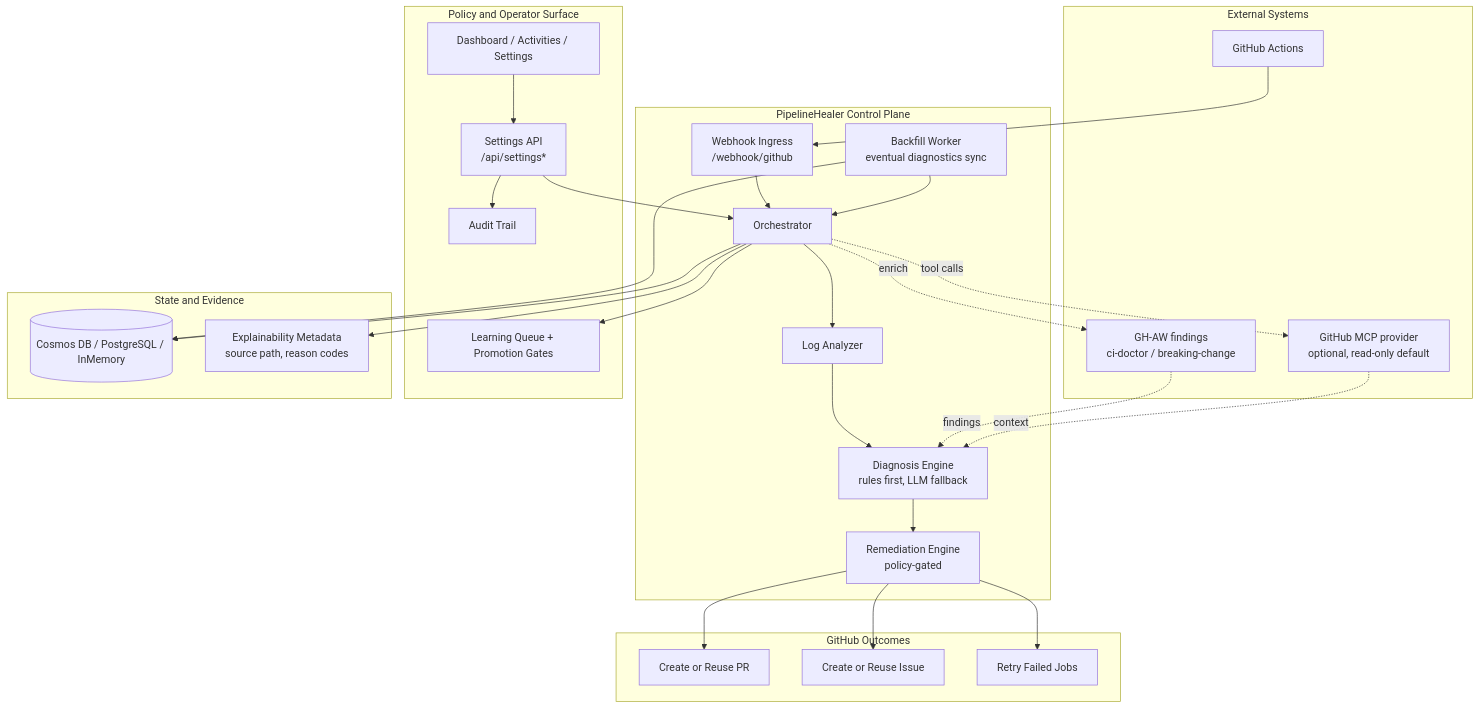
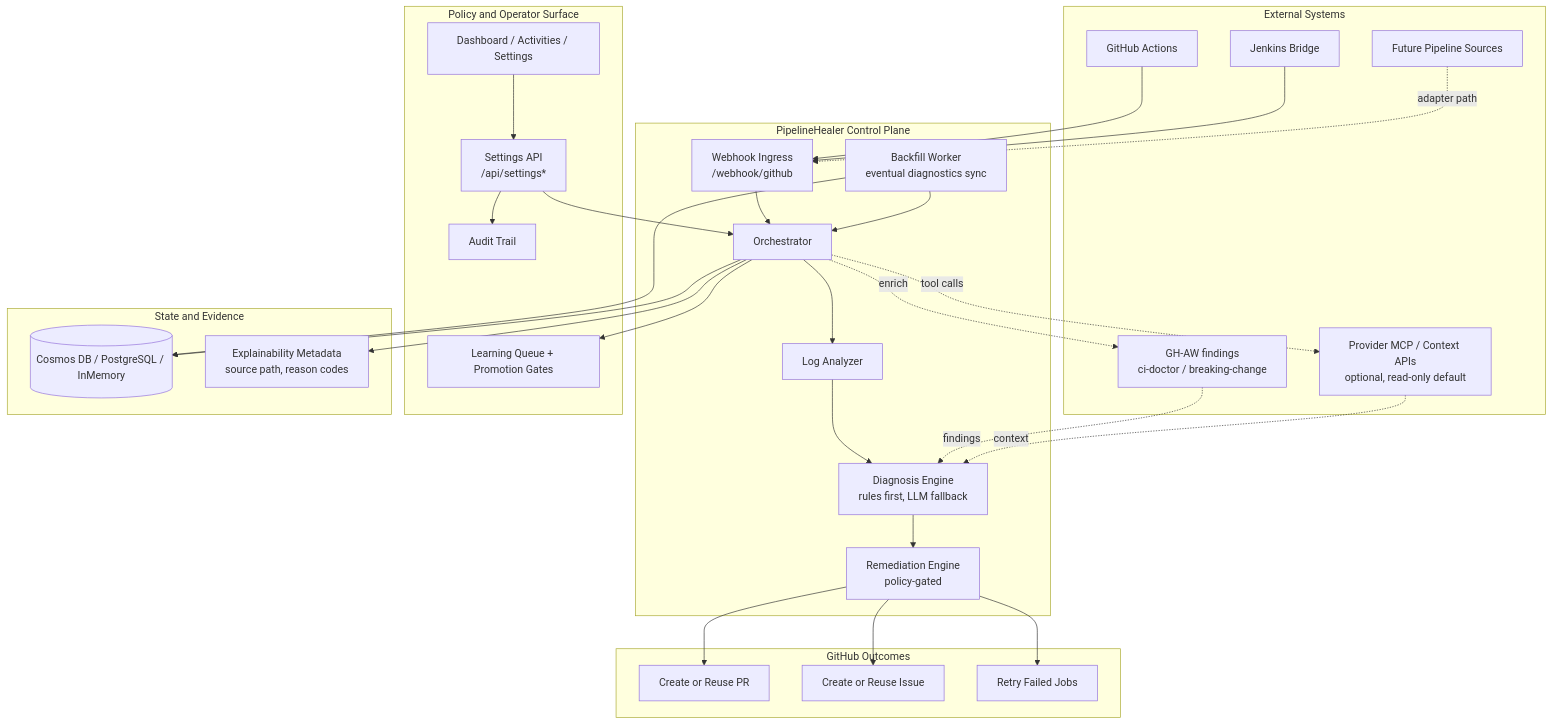
One commit to Canepro/pipelinehealer changed the first of 2 diagrams in README.md. Above: the diagram before and after it, drawn with Mermaid. The commit also changed other lines of this file and 6 other files, not shown here.

````diff
--- a/README.md
+++ b/README.md
@@ -186,54 +198,58 @@
 ```mermaid
 flowchart TB
   subgraph EXT["External Systems"]
     GH["GitHub Actions"]
+    JN["Jenkins Bridge"]
     GHAW["GH-AW findings<br/>ci-doctor / breaking-change"]
-    MCP["GitHub MCP provider<br/>optional, read-only default"]
+    MCP["Provider MCP / Context APIs<br/>optional, read-only default"]
+    OTH["Future Pipeline Sources"]
   end
 
   subgraph CTRL["PipelineHealer Control Plane"]
     WH["Webhook Ingress<br/>/webhook/github"]
     ORCH["Orchestrator"]
     ANA["Log Analyzer"]
     DIA["Diagnosis Engine<br/>rules first, LLM fallback"]
     REM["Remediation Engine<br/>policy-gated"]
     BF["Backfill Worker<br/>eventual diagnostics sync"]
   end
 
   subgraph GOV["Policy and Operator Surface"]
     UI["Dashboard / Activities / Settings"]
     API["Settings API<br/>/api/settings*"]
     AUD["Audit Trail"]
     LRN["Learning Queue + Promotion Gates"]
   end
 
   subgraph DATA["State and Evidence"]
     DB[("Cosmos DB / PostgreSQL / InMemory")]
     EXP["Explainability Metadata<br/>source path, reason codes"]
   end
 
   subgraph OUT["GitHub Outcomes"]
     PR["Create or Reuse PR"]
     IS["Create or Reuse Issue"]
     RR["Retry Failed Jobs"]
   end
 
   GH --> WH --> ORCH
+  JN --> WH
+  OTH -. adapter path .-> WH
   ORCH --> ANA --> DIA --> REM
   REM --> PR
   REM --> IS
   REM --> RR
 
   ORCH -. enrich .-> GHAW
   GHAW -. findings .-> DIA
   ORCH -. tool calls .-> MCP
   MCP -. context .-> DIA
 
   UI --> API --> ORCH
   API --> AUD
   ORCH --> LRN
   BF --> ORCH
   BF --> DB
   ORCH --> DB
   ORCH --> EXP
 ```
````
